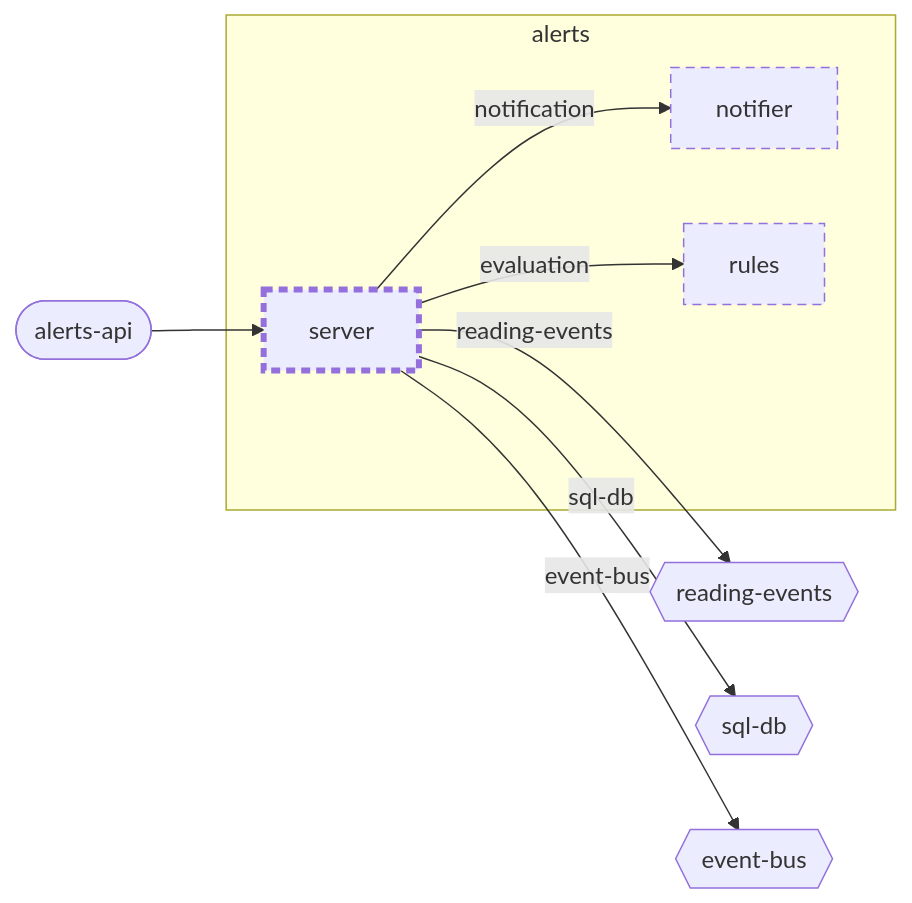
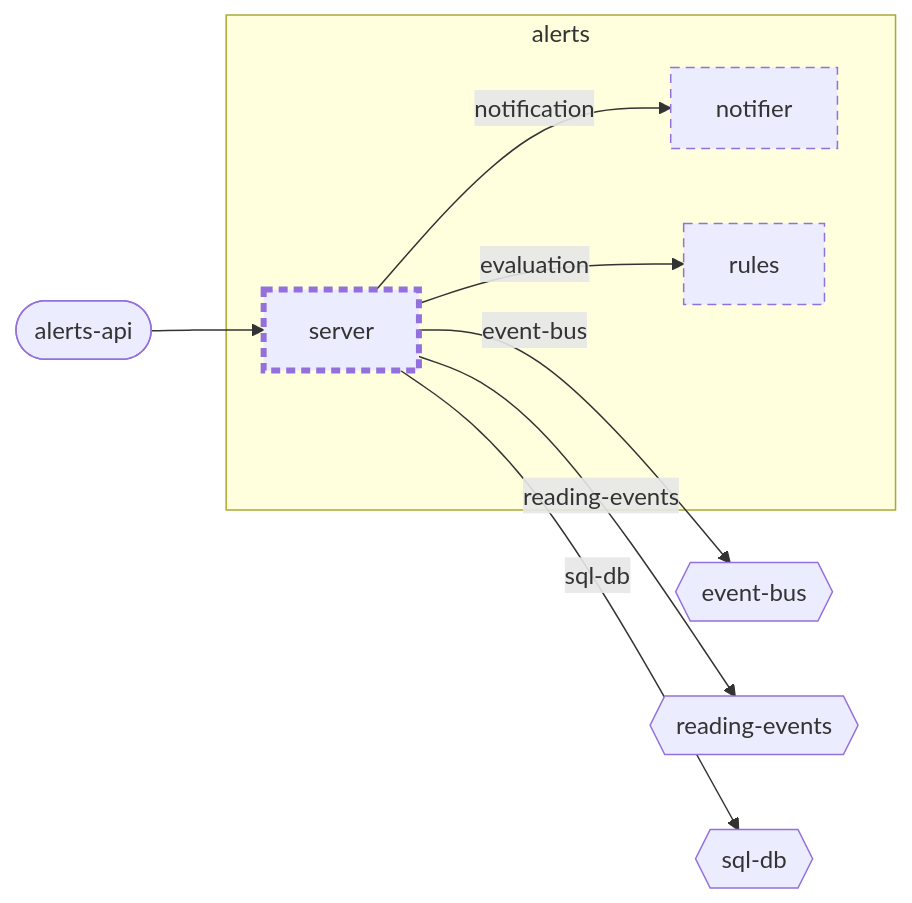
Before and after one commit to wackazong/unifold: the diagram in examples/plantwatch/cloud/services/alerts/server/docs/diagrams/context.md, drawn with Mermaid. The commit also changed other lines of this file and 26 other files, not shown here.

````diff
--- a/examples/plantwatch/cloud/services/alerts/server/docs/diagrams/context.md
+++ b/examples/plantwatch/cloud/services/alerts/server/docs/diagrams/context.md
@@ -8,24 +8,24 @@
 ```mermaid
 flowchart LR
   subgraph u_cloud__services__alerts["alerts"]
     u_cloud__services__alerts__notifier["notifier"]
     u_cloud__services__alerts__rules["rules"]
     u_cloud__services__alerts__server["server"]
   end
+  n_cloud__services__alerts___event_dbus{{"event-bus"}}
   n_cloud__services__alerts___reading_devents{{"reading-events"}}
   n_cloud__services__alerts___sql_ddb{{"sql-db"}}
-  n_cloud__services__alerts___event_dbus{{"event-bus"}}
   p_cloud__services__alerts___alerts_dapi(["alerts-api"])
   u_cloud__services__alerts__server -->|"evaluation"| u_cloud__services__alerts__rules
   u_cloud__services__alerts__server -->|"notification"| u_cloud__services__alerts__notifier
+  u_cloud__services__alerts__server -->|"event-bus"| n_cloud__services__alerts___event_dbus
   u_cloud__services__alerts__server -->|"reading-events"| n_cloud__services__alerts___reading_devents
   u_cloud__services__alerts__server -->|"sql-db"| n_cloud__services__alerts___sql_ddb
-  u_cloud__services__alerts__server -->|"event-bus"| n_cloud__services__alerts___event_dbus
   p_cloud__services__alerts___alerts_dapi --> u_cloud__services__alerts__server
   classDef focus stroke-width:4px
   classDef planned stroke-dasharray:6 4
   classDef deprecated stroke-dasharray:2 2,opacity:0.6
   classDef plain stroke-dasharray:2 3
   class u_cloud__services__alerts__notifier,u_cloud__services__alerts__rules,u_cloud__services__alerts__server planned
   class u_cloud__services__alerts__server focus
 ```
````
